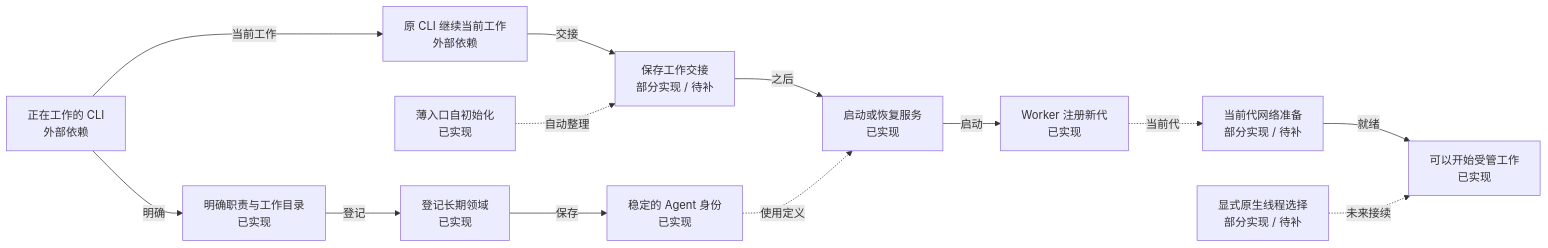
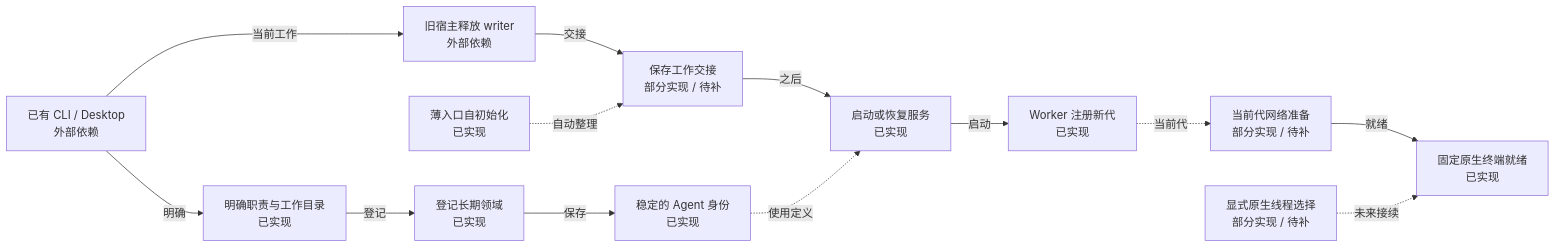
One commit to insky2017/OpenAgentX changed the third of 7 diagrams in docs/design/CURRENT_ARCHITECTURE.md. Above: the diagram before and after it, drawn with Mermaid. The commit also changed other lines of this file and 15 other files, not shown here.

Commit message:
docs: refresh architecture and terminal collaboration diagrams

````diff
--- a/docs/design/CURRENT_ARCHITECTURE.md
+++ b/docs/design/CURRENT_ARCHITECTURE.md
@@ -140,27 +152,27 @@
 ```mermaid
 flowchart LR
-  externalcli["正在工作的 CLI<br/>外部依赖"]
+  externalcli["已有 CLI / Desktop<br/>外部依赖"]
   role["明确职责与工作目录<br/>已实现"]
   add["登记长期领域<br/>已实现"]
   identity["稳定的 Agent 身份<br/>已实现"]
-  original["原 CLI 继续当前工作<br/>外部依赖"]
+  original["旧宿主释放 writer<br/>外部依赖"]
   handoff["保存工作交接<br/>部分实现 / 待补"]
   resume["启动或恢复服务<br/>已实现"]
   register["Worker 注册新代<br/>已实现"]
   selfinit["薄入口自初始化<br/>已实现"]
   importsession["显式原生线程选择<br/>部分实现 / 待补"]
   netready["当前代网络准备<br/>部分实现 / 待补"]
-  ready["可以开始受管工作<br/>已实现"]
+  ready["固定原生终端就绪<br/>已实现"]
   externalcli -->|"明确"| role
   role -->|"登记"| add
   add -->|"保存"| identity
   externalcli -->|"当前工作"| original
   original -->|"交接"| handoff
   handoff -->|"之后"| resume
   identity -.->|"使用定义"| resume
   resume -->|"启动"| register
   register -.->|"当前代"| netready
   netready -->|"就绪"| ready
   selfinit -.->|"自动整理"| handoff
   importsession -.->|"未来接续"| ready
 ```
````
